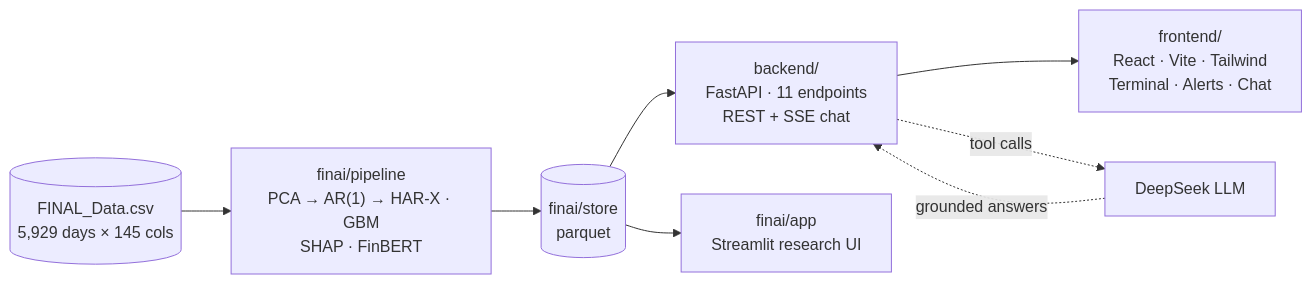
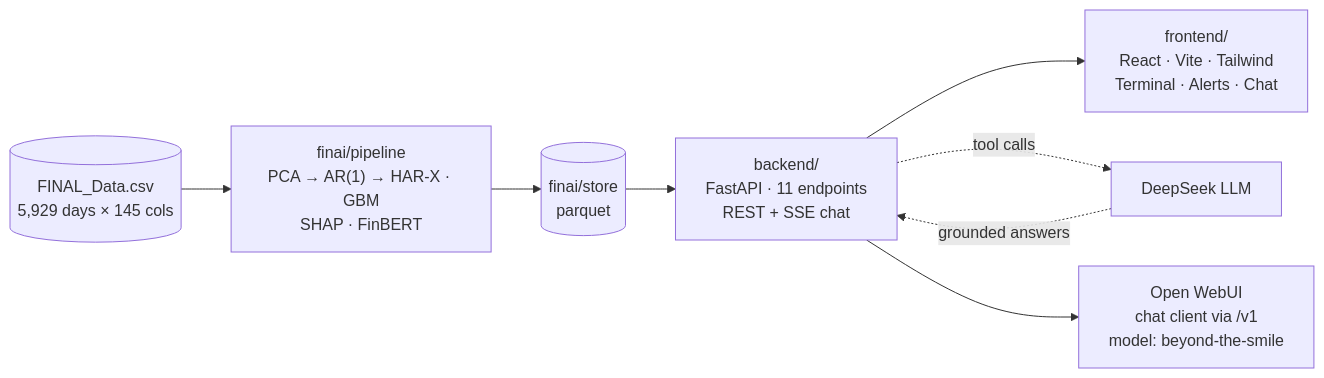
The diagram in README.md (LmaoZedong-max/UBS_FinAI_BeyondTheSmile), drawn with Mermaid before and after one commit. The commit also changed other lines of this file and 6 other files, not shown here.

First line of the commit message:
Add Open WebUI chat client via OpenAI-compatible /v1 facade

````diff
--- a/README.md
+++ b/README.md
@@ -69,10 +70,10 @@
 ```mermaid
 flowchart LR
     A[("FINAL_Data.csv<br/>5,929 days × 145 cols")] --> B["finai/pipeline<br/>PCA → AR(1) → HAR-X · GBM<br/>SHAP · FinBERT"]
     B --> C[("finai/store<br/>parquet")]
     C --> D["backend/<br/>FastAPI · 11 endpoints<br/>REST + SSE chat"]
     D --> E["frontend/<br/>React · Vite · Tailwind<br/>Terminal · Alerts · Chat"]
     D -.tool calls.-> F["DeepSeek LLM"]
     F -.grounded answers.-> D
-    C --> G["finai/app<br/>Streamlit research UI"]
+    D --> H["Open WebUI<br/>chat client via /v1<br/>model: beyond-the-smile"]
 ```
````
